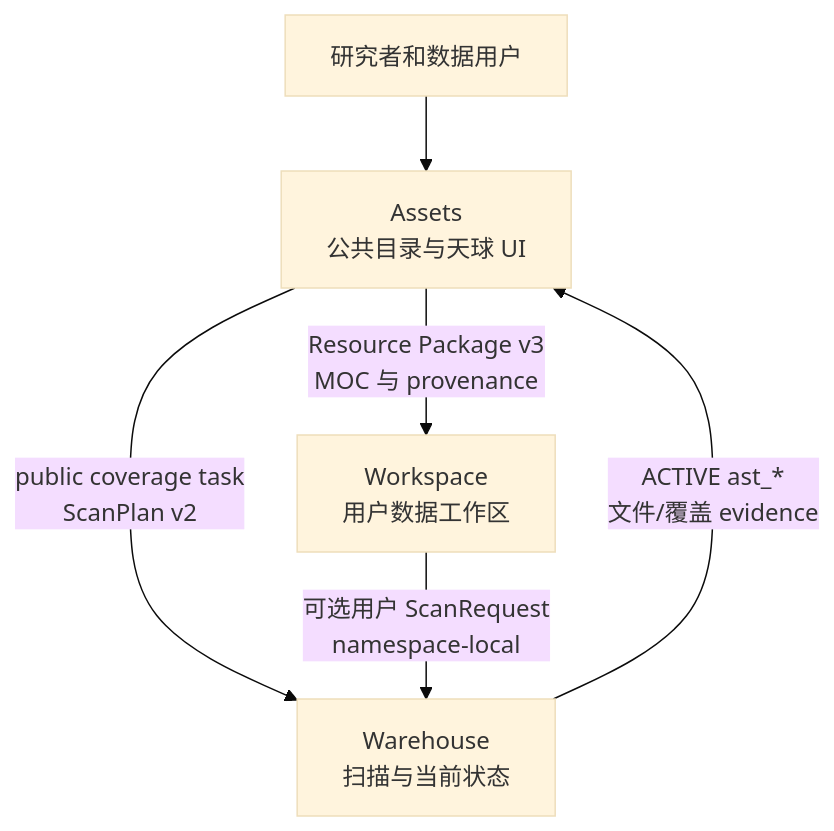
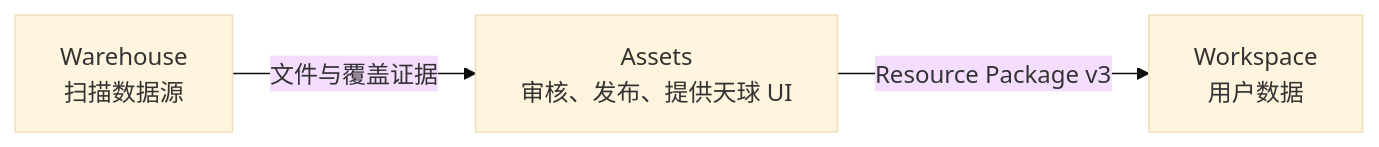
The diagram in README.cn.md (Astro-Survey-Atlas/Assets), drawn with Mermaid (base theme) before and after one commit. The commit also changed other lines of this file and 14 other files, not shown here.

````diff
--- a/README.cn.md
+++ b/README.cn.md
@@ -73,8 +59,5 @@
 ```mermaid
-flowchart TB
-  U[研究者和数据用户] --> A[Assets<br/>公共目录与天球 UI]
-  A -->|public coverage task<br/>ScanPlan v2| W[Warehouse<br/>扫描与当前状态]
-  W -->|ACTIVE ast_*<br/>文件/覆盖 evidence| A
-  A -->|Resource Package v3<br/>MOC 与 provenance| X[Workspace<br/>用户数据工作区]
-  X -->|可选用户 ScanRequest<br/>namespace-local| W
+flowchart LR
+  W[Warehouse<br/>扫描数据源] -->|文件与覆盖证据| A[Assets<br/>审核、发布、提供天球 UI]
+  A -->|Resource Package v3| X[Workspace<br/>用户数据]
 ```
````
